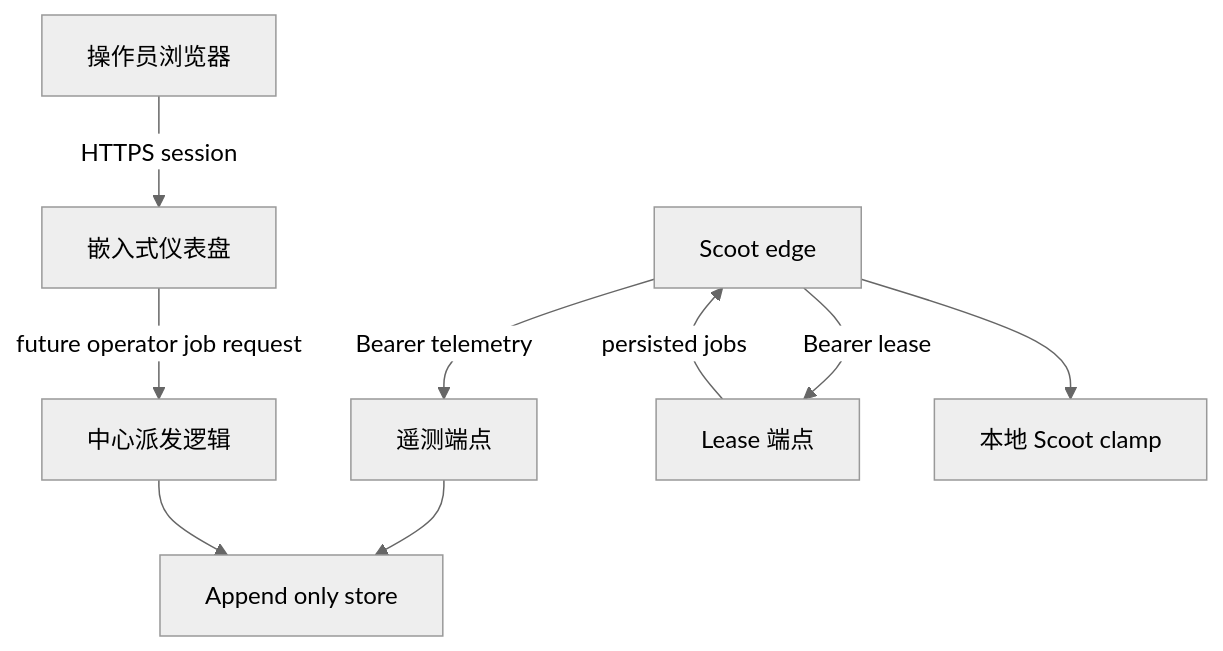
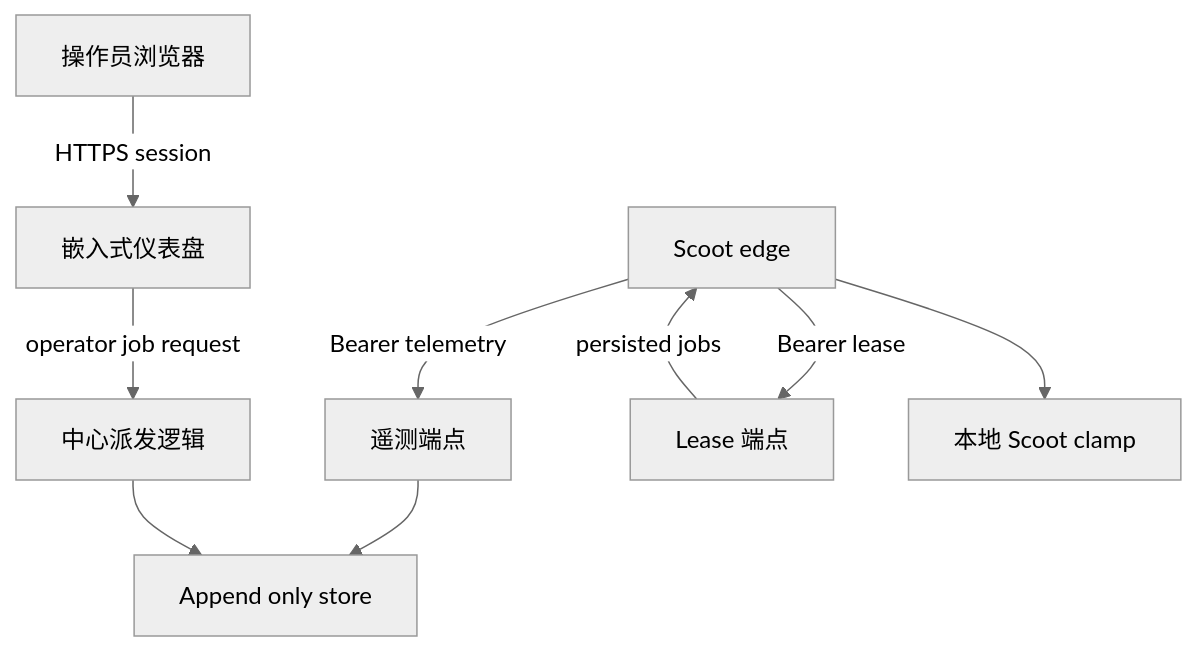
One commit to jamiesun/scootship changed the diagram in docs/dispatch-threat-model.zh-CN.md. Above: the diagram before and after it, drawn with Mermaid (neutral theme). The commit also changed other lines of this file and 26 other files, not shown here.

````diff
--- a/docs/dispatch-threat-model.zh-CN.md
+++ b/docs/dispatch-threat-model.zh-CN.md
@@ -61,11 +77,11 @@
 ```mermaid
 flowchart TD
   O["操作员浏览器"] -->|HTTPS session| D["嵌入式仪表盘"]
-  D -->|future operator job request| C["中心派发逻辑"]
+  D -->|operator job request| C["中心派发逻辑"]
   E["Scoot edge"] -->|Bearer telemetry| T["遥测端点"]
   E -->|Bearer lease| L["Lease 端点"]
   T --> S["Append only store"]
   C --> S
   L -->|persisted jobs| E
   E --> A["本地 Scoot clamp"]
 ```
````
